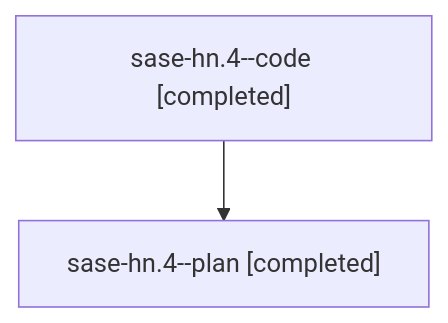
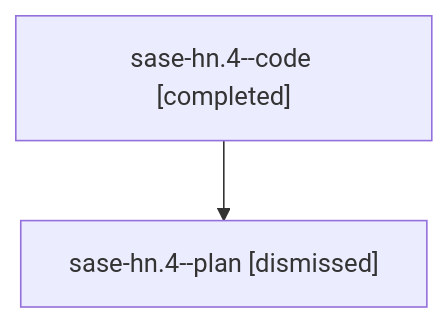
Before and after one commit to sase-org/sase--agents: the diagram in families/bbugyi200.athena.sase-hn.4.md, drawn with Mermaid. The commit also changed other lines of this file and 2170 other files, not shown here.

````diff
--- a/families/bbugyi200.athena.sase-hn.4.md
+++ b/families/bbugyi200.athena.sase-hn.4.md
@@ -9,6 +9,6 @@
 ```mermaid
 flowchart TD
   n0["sase-hn.4--code [completed]"]
-  n1["sase-hn.4--plan [completed]"]
+  n1["sase-hn.4--plan [dismissed]"]
   n0 --> n1
 ```
````
